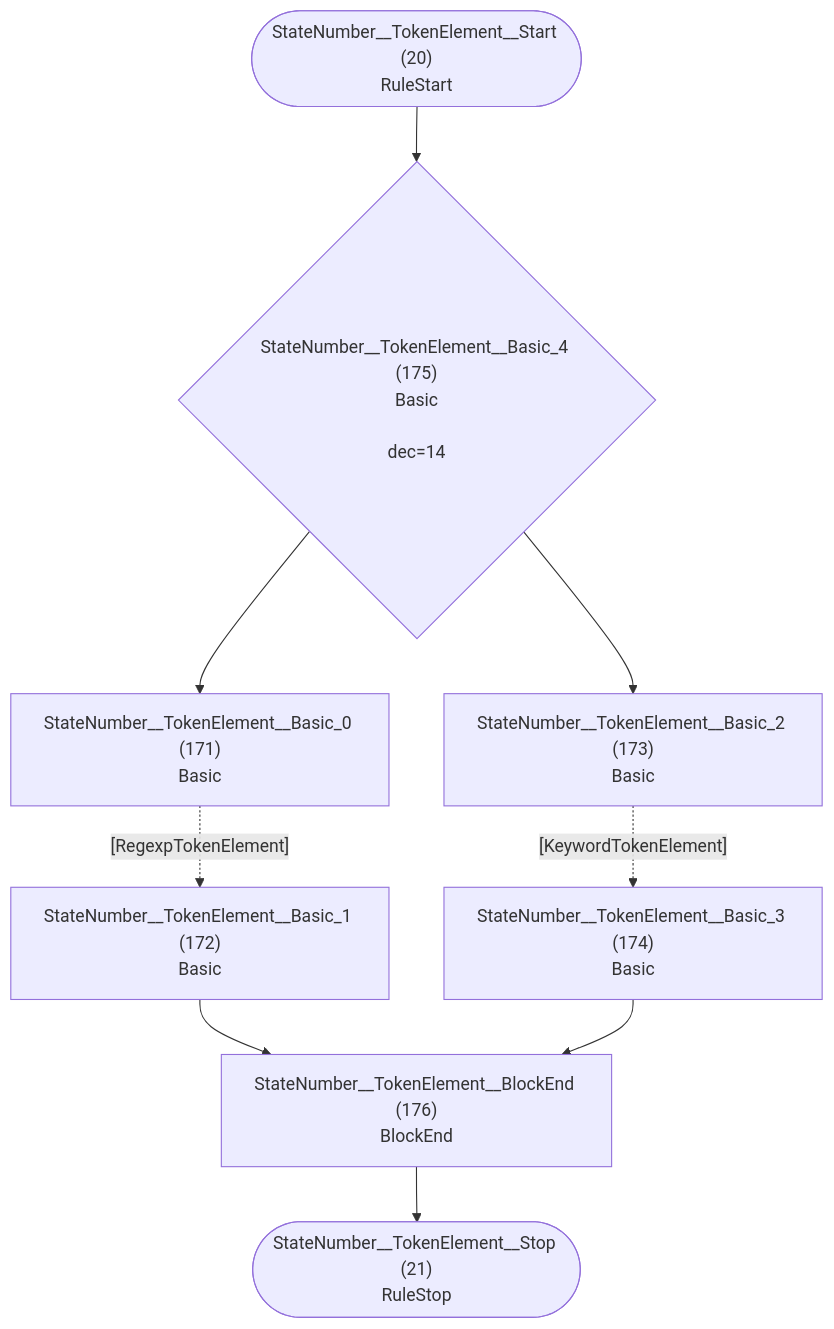
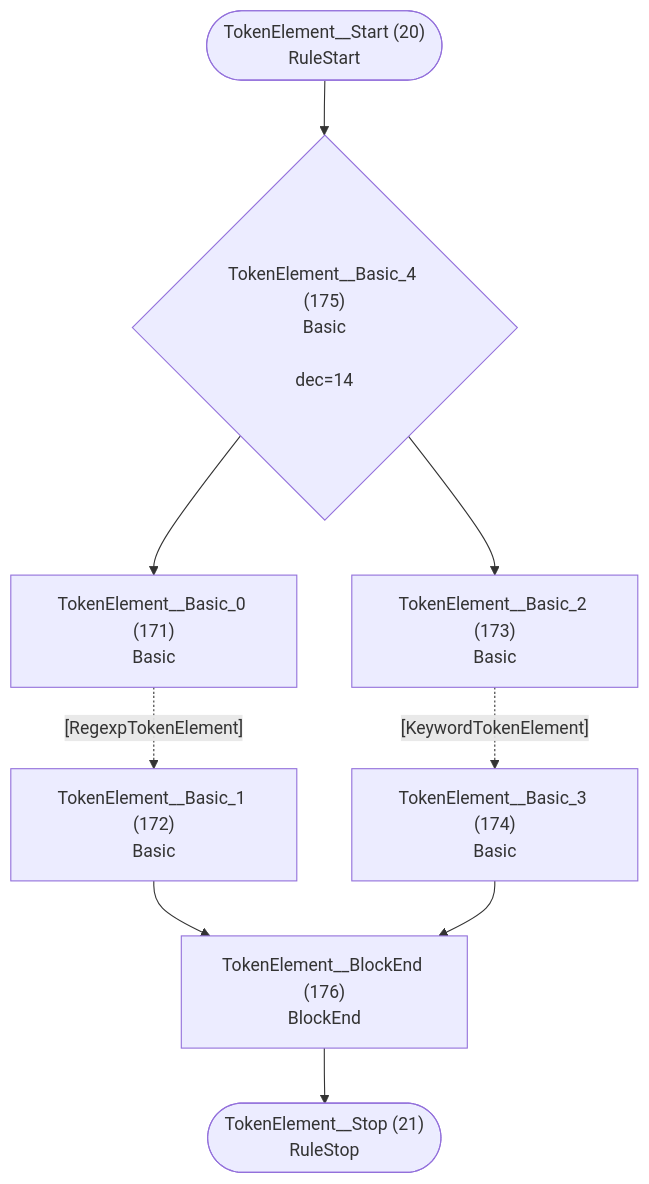
Diagram 11 of 37 in internal/grammar/atn.md (TypeFox/fastbelt), drawn with Mermaid before and after one commit. The commit also changed other lines of this file and 26 other files, not shown here.

````diff
--- a/internal/grammar/atn.md
+++ b/internal/grammar/atn.md
@@ -320,20 +320,20 @@
 ```mermaid
 flowchart TD
-    q20(["StateNumber__TokenElement__Start (20)<br/>RuleStart"])
-    q21(["StateNumber__TokenElement__Stop (21)<br/>RuleStop"])
-    q171["StateNumber__TokenElement__Basic_0 (171)<br/>Basic<br/>"]
-    q172["StateNumber__TokenElement__Basic_1 (172)<br/>Basic<br/>"]
-    q173["StateNumber__TokenElement__Basic_2 (173)<br/>Basic<br/>"]
-    q174["StateNumber__TokenElement__Basic_3 (174)<br/>Basic<br/>"]
-    q175{"StateNumber__TokenElement__Basic_4 (175)<br/>Basic<br/><br/>dec=14"}
-    q176["StateNumber__TokenElement__BlockEnd (176)<br/>BlockEnd<br/>"]
+    q20(["TokenElement__Start (20)<br/>RuleStart"])
+    q21(["TokenElement__Stop (21)<br/>RuleStop"])
+    q171["TokenElement__Basic_0 (171)<br/>Basic<br/>"]
+    q172["TokenElement__Basic_1 (172)<br/>Basic<br/>"]
+    q173["TokenElement__Basic_2 (173)<br/>Basic<br/>"]
+    q174["TokenElement__Basic_3 (174)<br/>Basic<br/>"]
+    q175{"TokenElement__Basic_4 (175)<br/>Basic<br/><br/>dec=14"}
+    q176["TokenElement__BlockEnd (176)<br/>BlockEnd<br/>"]
 
     q20 --> q175
     q171 -.->|"[RegexpTokenElement]"| q172
     q172 --> q176
     q173 -.->|"[KeywordTokenElement]"| q174
     q174 --> q176
     q175 --> q171
     q175 --> q173
     q176 --> q21
 ```
````
